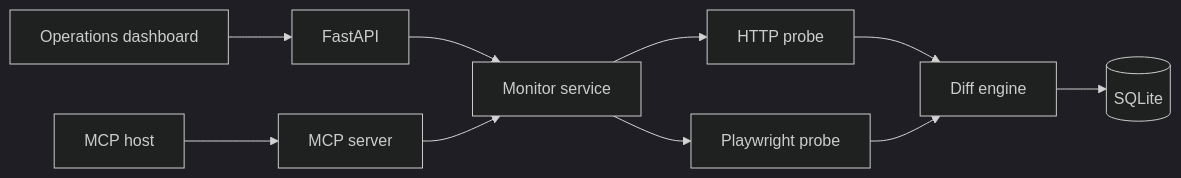
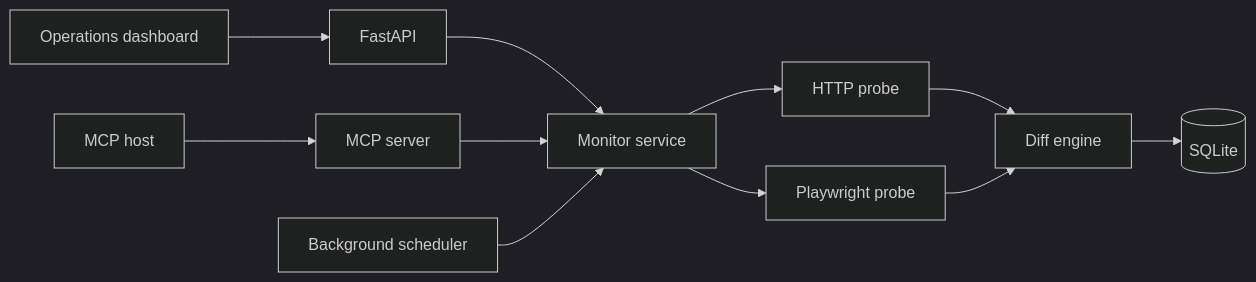
The diagram in README.md (rom4ik1346/lumenwatch-agent), drawn with Mermaid (dark theme) before and after one commit. The commit also changed other lines of this file and 6 other files, not shown here.

````diff
--- a/README.md
+++ b/README.md
@@ -23,12 +24,13 @@
 ```mermaid
 flowchart LR
     UI[Operations dashboard] --> API[FastAPI]
     HOST[MCP host] --> MCP[MCP server]
     API --> SERVICE[Monitor service]
     MCP --> SERVICE
     SERVICE --> HTTP[HTTP probe]
     SERVICE --> BROWSER[Playwright probe]
+    SCHEDULER[Background scheduler] --> SERVICE
     HTTP --> DIFF[Diff engine]
     BROWSER --> DIFF
     DIFF --> DB[(SQLite)]
 ```
````
